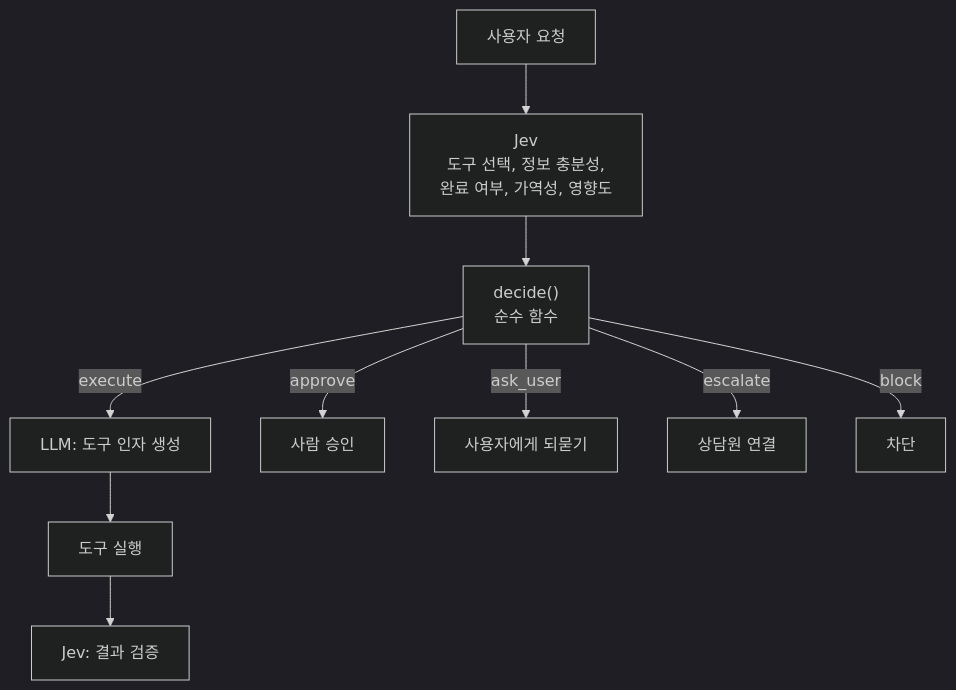
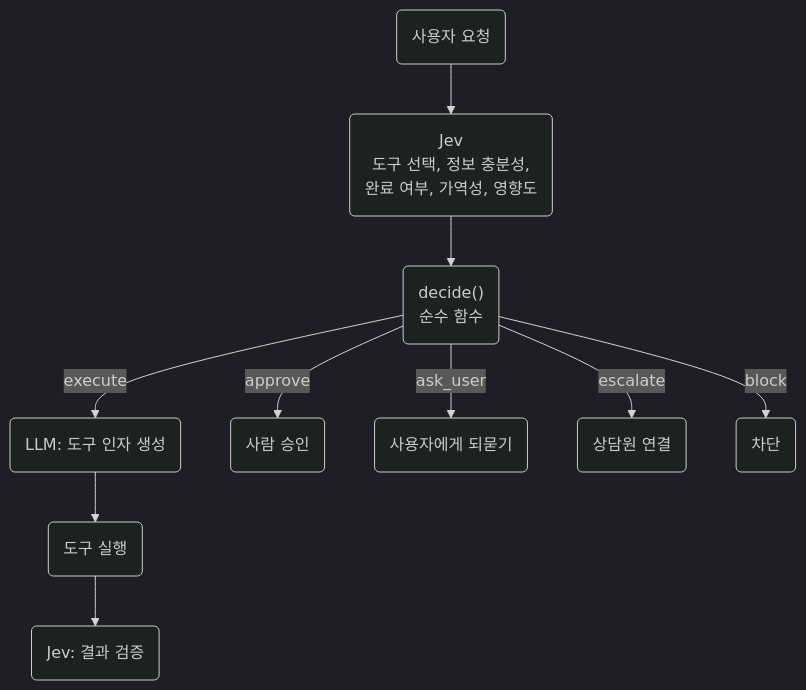
One commit to seujung/ai-research changed the fifth of 5 diagrams in docs/trends/posts/2026-10-18-jev-patterns.md. Above: the diagram before and after it, drawn with Mermaid (dark theme). The commit also changed other lines of this file and 176 other files, not shown here.

````diff
--- a/docs/trends/posts/2026-10-18-jev-patterns.md
+++ b/docs/trends/posts/2026-10-18-jev-patterns.md
@@ -248,11 +250,11 @@
 ```mermaid
 flowchart TD
-    REQ["사용자 요청"] --> J1["Jev<br/>도구 선택, 정보 충분성,<br/>완료 여부, 가역성, 영향도"]
-    J1 --> POL["decide()<br/>순수 함수"]
-    POL -->|execute| LLM1["LLM: 도구 인자 생성"] --> TOOL["도구 실행"]
-    POL -->|approve| APP["사람 승인"]
-    POL -->|ask_user| ASK["사용자에게 되묻기"]
-    POL -->|escalate| ESC["상담원 연결"]
-    POL -->|block| BLK["차단"]
-    TOOL --> J2["Jev: 결과 검증"]
+    REQ("사용자 요청") --> J1("Jev<br/>도구 선택, 정보 충분성,<br/>완료 여부, 가역성, 영향도")
+    J1 --> POL("decide()<br/>순수 함수")
+    POL -->|execute| LLM1("LLM: 도구 인자 생성") --> TOOL("도구 실행")
+    POL -->|approve| APP("사람 승인")
+    POL -->|ask_user| ASK("사용자에게 되묻기")
+    POL -->|escalate| ESC("상담원 연결")
+    POL -->|block| BLK("차단")
+    TOOL --> J2("Jev: 결과 검증")
 ```
````
